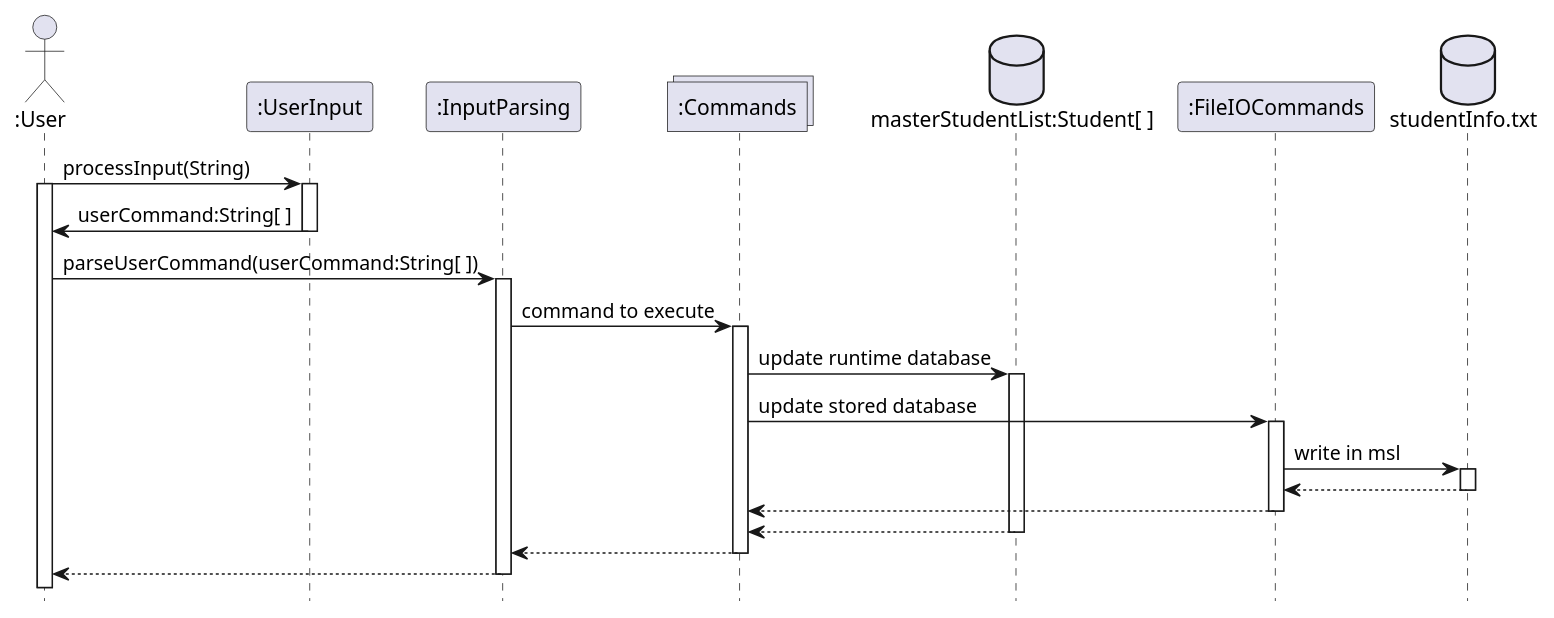
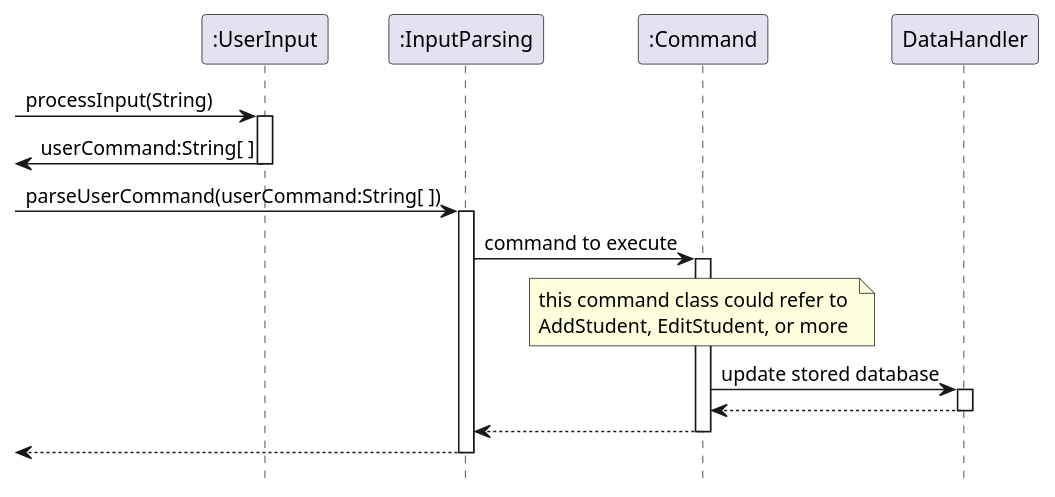
One commit to blackmirag3/Classify changed the diagram in docs/diagrams/src/InputParsing/SequenceDiagram.puml. Above: the diagram before and after it, drawn with PlantUML. The commit also changed 5 other files, not shown here.

```diff
--- a/docs/diagrams/src/InputParsing/SequenceDiagram.puml
+++ b/docs/diagrams/src/InputParsing/SequenceDiagram.puml
@@ -1,41 +1,33 @@
 @startuml InputParsingSequenceDiagram
 
 hide footbox
 
-actor ":User" as u
+
 participant ":UserInput" as UI
 participant ":InputParsing" as IP
-collections ":Commands" as commands
-database "masterStudentList:Student[ ]" as msl
-participant ":FileIOCommands" as fioc
-database "studentInfo.txt" as studentInfo
+participant ":Command" as commands 
+participant "DataHandler" as fioc
 
-
-u -> UI : processInput(String)
-activate u
+-> UI : processInput(String)
 activate UI
-UI -> u : userCommand:String[ ]
+<- UI  : userCommand:String[ ]
 deactivate UI
 
-u -> IP : parseUserCommand(userCommand:String[ ])
+-> IP : parseUserCommand(userCommand:String[ ])
 activate IP
 IP -> commands : command to execute
 activate commands
-commands -> msl : update runtime database
-activate msl
+note over commands  
+    this command class could refer to 
+    AddStudent, EditStudent, or more
+end note
 commands -> fioc : update stored database
 activate fioc
-fioc -> studentInfo : write in msl
-activate studentInfo
-studentInfo --> fioc 
-deactivate studentInfo
 fioc --> commands
 deactivate fioc
-msl --> commands
-deactivate msl
 commands --> IP
 deactivate commands
-IP --> u
+<-- IP
 deactivate IP
 
 @enduml
```
